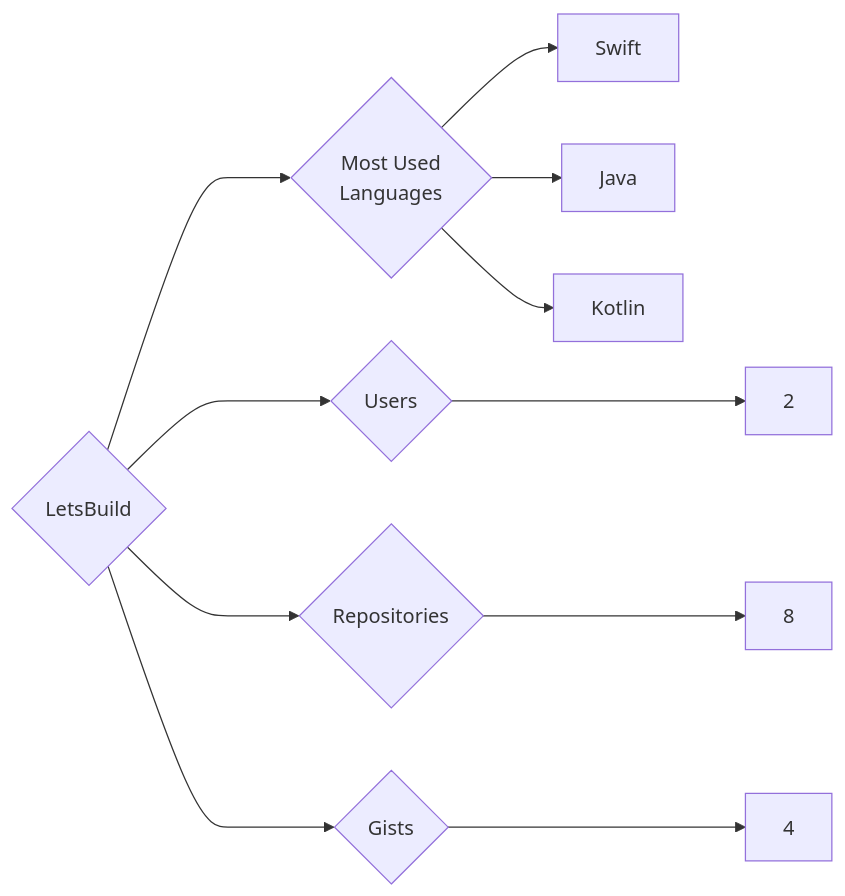
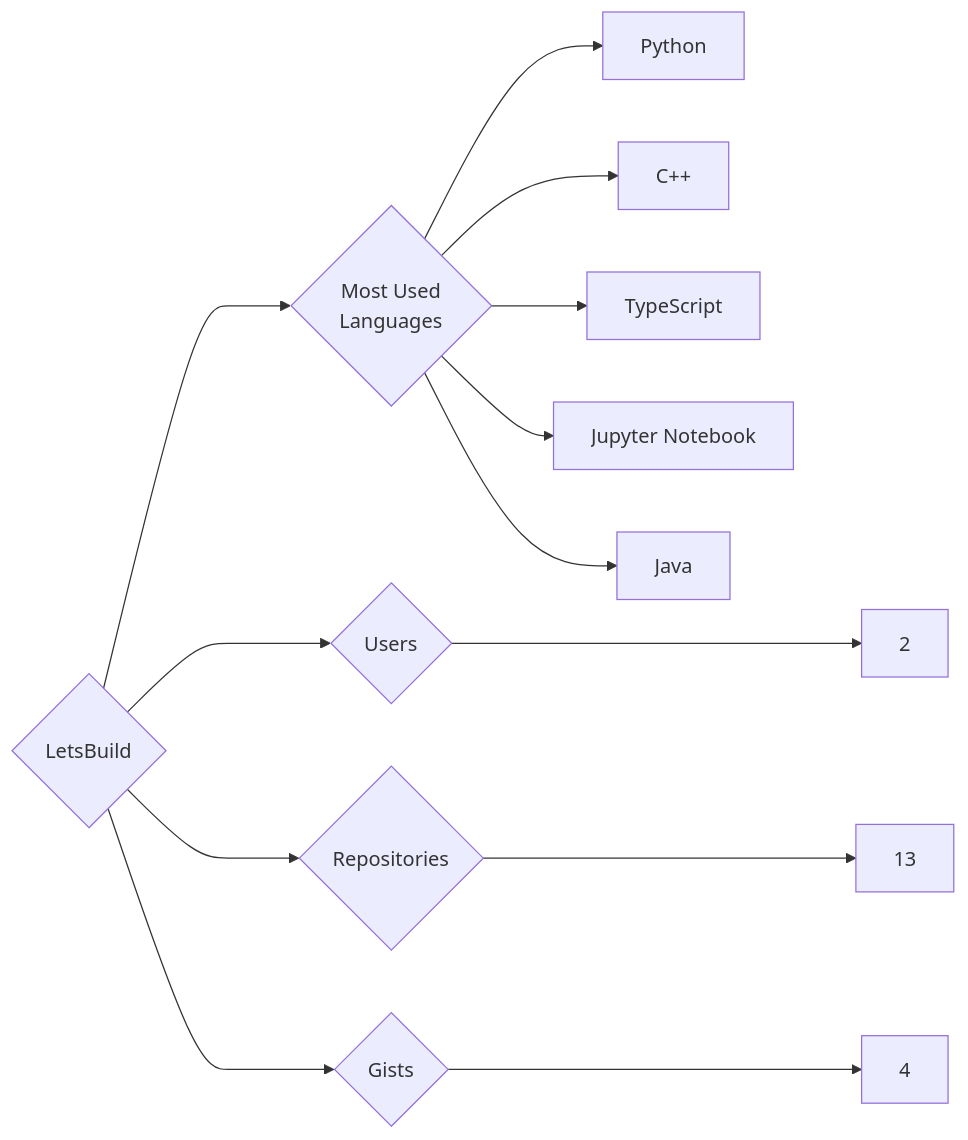
One commit to trickest/insiders changed the diagram in targets/LetsBuild/README.md. Above: the diagram before and after it, drawn with Mermaid. The commit also changed 723 other files, not shown here.

````diff
--- a/targets/LetsBuild/README.md
+++ b/targets/LetsBuild/README.md
@@ -3,11 +3,13 @@
 ```mermaid
 graph LR
 COMPANY_NAME{LetsBuild}
 COMPANY_NAME ---> U{Users} ---> UN[2]
-COMPANY_NAME ---> R{Repositories} ---> RN[8]
+COMPANY_NAME ---> R{Repositories} ---> RN[13]
 COMPANY_NAME ---> G{Gists} ---> GN[4]
 COMPANY_NAME ---> ML{Most Used<br>Languages}
-ML --> Swift[Swift]
+ML --> Python[Python]
+ML --> C++[C++]
+ML --> TypeScript[TypeScript]
+ML --> Jupyter_Notebook[Jupyter Notebook]
 ML --> Java[Java]
-ML --> Kotlin[Kotlin]
 ```
````
